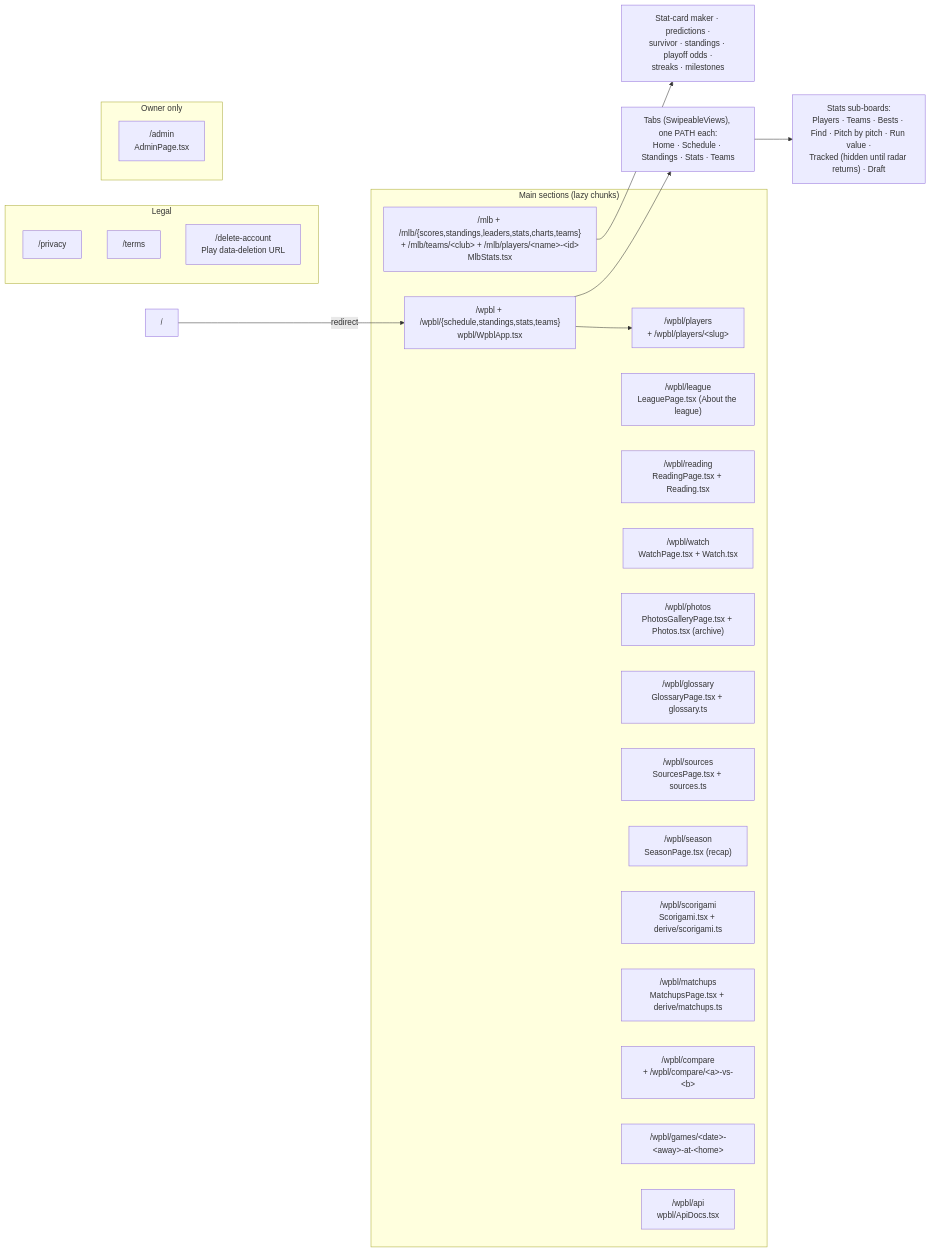
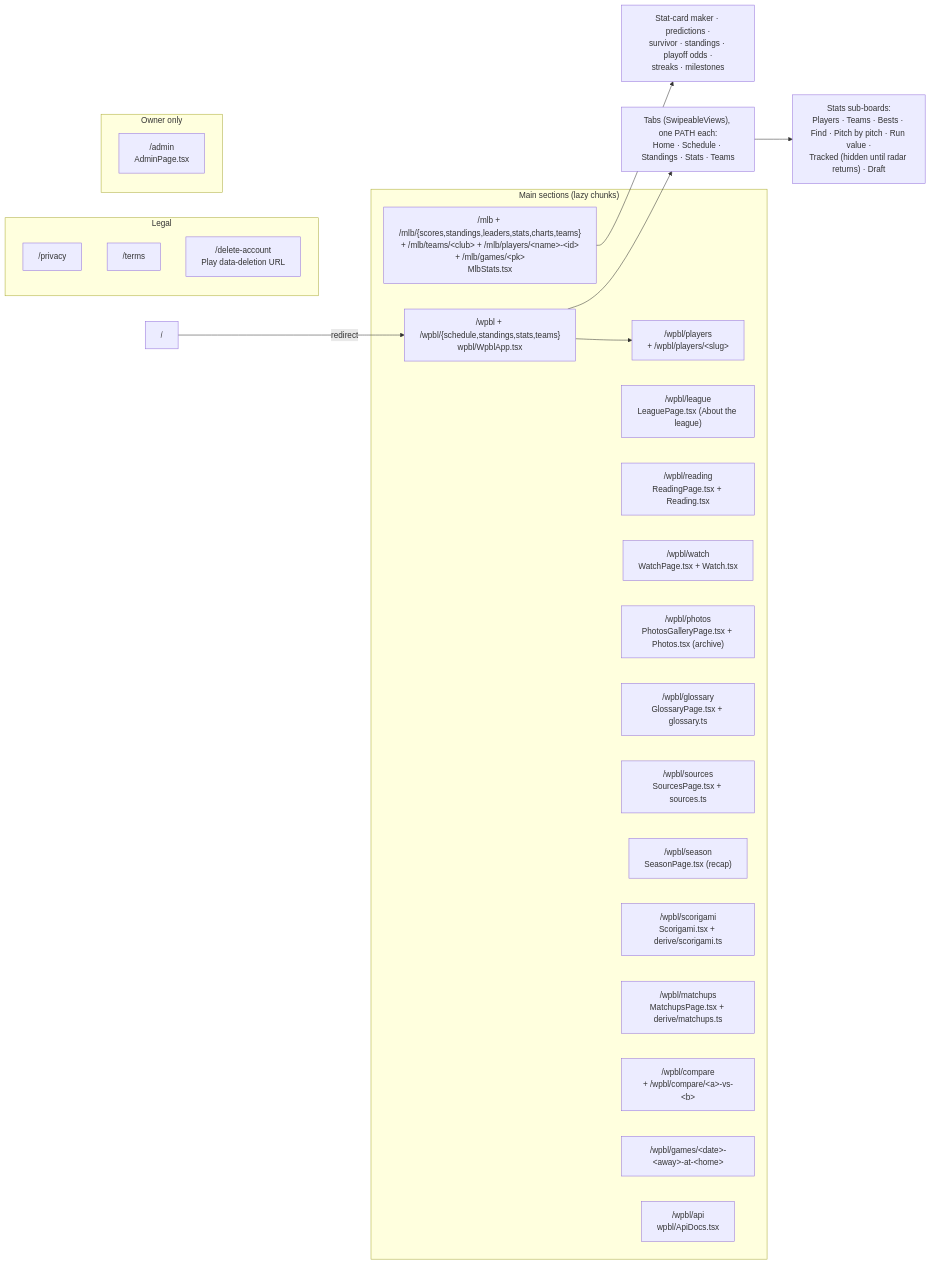
One commit to sportydolphin/fun changed the second of 5 diagrams in ARCHITECTURE.md. Above: the diagram before and after it, drawn with Mermaid. The commit also changed other lines of this file and 19 other files, not shown here.

````diff
--- a/ARCHITECTURE.md
+++ b/ARCHITECTURE.md
@@ -98,36 +98,36 @@
 ```mermaid
 flowchart LR
     subgraph Main["Main sections (lazy chunks)"]
-        mlb["/mlb + /mlb/{scores,standings,leaders,stats,charts,teams}<br/>+ /mlb/teams/&lt;club&gt; + /mlb/players/&lt;name&gt;-&lt;id&gt;<br/>MlbStats.tsx"]
+        mlb["/mlb + /mlb/{scores,standings,leaders,stats,charts,teams}<br/>+ /mlb/teams/&lt;club&gt; + /mlb/players/&lt;name&gt;-&lt;id&gt;<br/>+ /mlb/games/&lt;pk&gt;<br/>MlbStats.tsx"]
         wpbl["/wpbl + /wpbl/{schedule,standings,stats,teams}<br/>wpbl/WpblApp.tsx"]
         wplayers["/wpbl/players<br/>+ /wpbl/players/&lt;slug&gt;"]
         wleague["/wpbl/league<br/>LeaguePage.tsx (About the league)"]
         wreading["/wpbl/reading<br/>ReadingPage.tsx + Reading.tsx"]
         wwatch["/wpbl/watch<br/>WatchPage.tsx + Watch.tsx"]
         wphotos["/wpbl/photos<br/>PhotosGalleryPage.tsx + Photos.tsx (archive)"]
         wgloss["/wpbl/glossary<br/>GlossaryPage.tsx + glossary.ts"]
         wsrc["/wpbl/sources<br/>SourcesPage.tsx + sources.ts"]
         wseason["/wpbl/season<br/>SeasonPage.tsx (recap)"]
         wscori["/wpbl/scorigami<br/>Scorigami.tsx + derive/scorigami.ts"]
         wmatch["/wpbl/matchups<br/>MatchupsPage.tsx + derive/matchups.ts"]
         wcmp["/wpbl/compare<br/>+ /wpbl/compare/&lt;a&gt;-vs-&lt;b&gt;"]
         wgames["/wpbl/games/&lt;date&gt;-&lt;away&gt;-at-&lt;home&gt;"]
         api["/wpbl/api<br/>wpbl/ApiDocs.tsx"]
     end
 
     subgraph Legal["Legal"]
         priv["/privacy"]
         terms["/terms"]
         del["/delete-account<br/>Play data-deletion URL"]
     end
 
     subgraph Owner["Owner only"]
         adm["/admin<br/>AdminPage.tsx"]
     end
 
     root["/"] -->|redirect| wpbl
     wpbl --> wtabs["Tabs (SwipeableViews), one PATH each:<br/>Home · Schedule · Standings · Stats · Teams"]
     wtabs --> wstats["Stats sub-boards:<br/>Players · Teams · Bests · Find · Pitch by pitch · Run value ·<br/>Tracked (hidden until radar returns) · Draft"]
     wpbl --> wplayers
     mlb --> mtabs["Stat-card maker · predictions ·<br/>survivor · standings · playoff odds ·<br/>streaks · milestones"]
 ```
````
